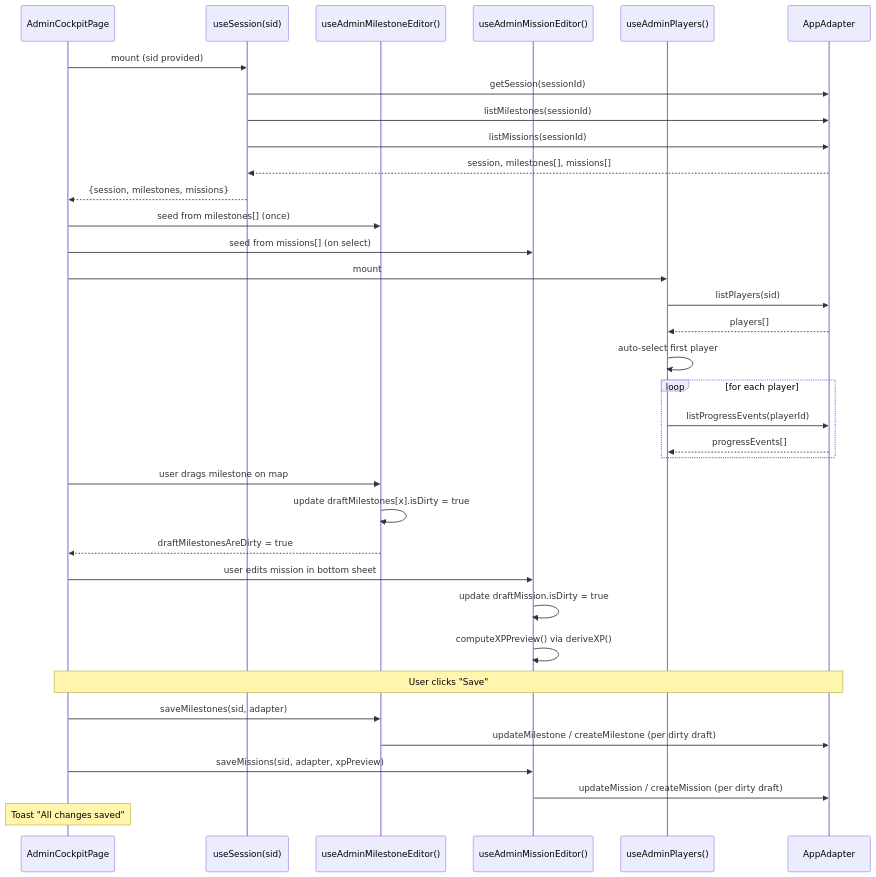
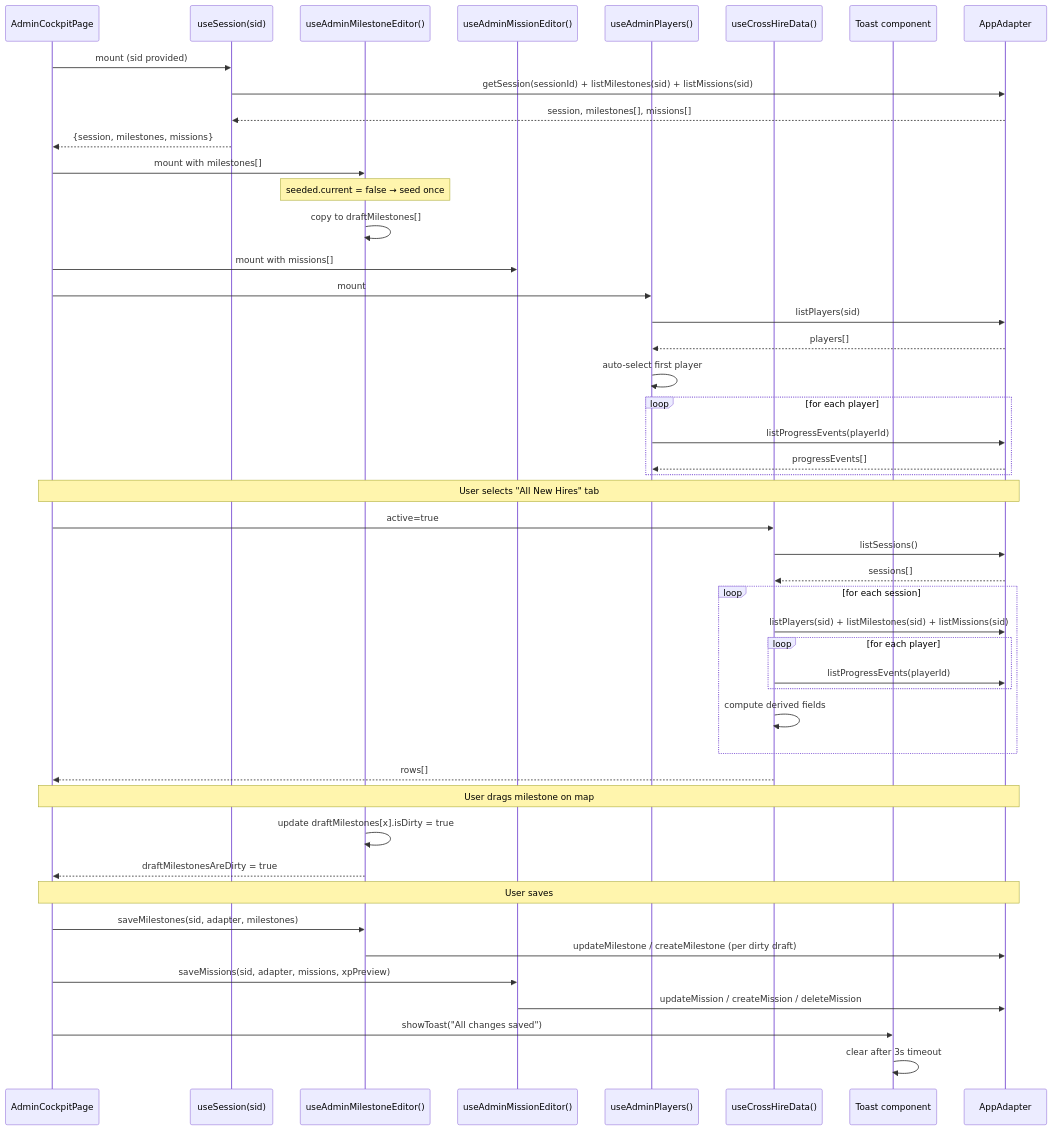
Before and after one commit to hoonsubin/messe-buddy-app: the fifth of 8 diagrams in docs/admin-view-data.md, drawn with Mermaid. The commit also changed other lines of this file and 15 other files, not shown here.

````diff
--- a/docs/admin-view-data.md
+++ b/docs/admin-view-data.md
@@ -242,46 +608,60 @@
 ```mermaid
 sequenceDiagram
     participant Page as AdminCockpitPage
     participant Session as useSession(sid)
     participant Milestones as useAdminMilestoneEditor()
     participant Missions as useAdminMissionEditor()
     participant Players as useAdminPlayers()
+    participant CrossHire as useCrossHireData()
+    participant Toast as Toast component
     participant Adapter as AppAdapter
     
     Page->>Session: mount (sid provided)
-    Session->>Adapter: getSession(sessionId)
-    Session->>Adapter: listMilestones(sessionId)
-    Session->>Adapter: listMissions(sessionId)
+    Session->>Adapter: getSession(sessionId) + listMilestones(sid) + listMissions(sid)
     Adapter-->>Session: session, milestones[], missions[]
     Session-->>Page: {session, milestones, missions}
     
-    Page->>Milestones: seed from milestones[] (once)
-    Page->>Missions: seed from missions[] (on select)
+    Page->>Milestones: mount with milestones[]
+    Note over Milestones: seeded.current = false → seed once
+    Milestones->>Milestones: copy to draftMilestones[]
+    
+    Page->>Missions: mount with missions[]
     
     Page->>Players: mount
     Players->>Adapter: listPlayers(sid)
     Adapter-->>Players: players[]
     Players->>Players: auto-select first player
     
     loop for each player
         Players->>Adapter: listProgressEvents(playerId)
         Adapter-->>Players: progressEvents[]
     end
     
-    Page->>Milestones: user drags milestone on map
+    Note over Page,Adapter: User selects "All New Hires" tab
+    Page->>CrossHire: active=true
+    CrossHire->>Adapter: listSessions()
+    Adapter-->>CrossHire: sessions[]
+    
+    loop for each session
+        CrossHire->>Adapter: listPlayers(sid) + listMilestones(sid) + listMissions(sid)
+        loop for each player
+            CrossHire->>Adapter: listProgressEvents(playerId)
+        end
+        CrossHire->>CrossHire: compute derived fields
+    end
+    CrossHire-->>Page: rows[]
+    
+    Note over Page,Adapter: User drags milestone on map
     Milestones->>Milestones: update draftMilestones[x].isDirty = true
     Milestones-->>Page: draftMilestonesAreDirty = true
     
-    Page->>Missions: user edits mission in bottom sheet
-    Missions->>Missions: update draftMission.isDirty = true
-    Missions->>Missions: computeXPPreview() via deriveXP()
-    
-    Note over Page,Adapter: User clicks "Save"
-    Page->>Milestones: saveMilestones(sid, adapter)
+    Note over Page,Adapter: User saves
+    Page->>Milestones: saveMilestones(sid, adapter, milestones)
     Milestones->>Adapter: updateMilestone / createMilestone (per dirty draft)
     
-    Page->>Missions: saveMissions(sid, adapter, xpPreview)
-    Missions->>Adapter: updateMission / createMission (per dirty draft)
+    Page->>Missions: saveMissions(sid, adapter, missions, xpPreview)
+    Missions->>Adapter: updateMission / createMission / deleteMission
     
-    Note over Page: Toast "All changes saved"
+    Page->>Toast: showToast("All changes saved")
+    Toast->>Toast: clear after 3s timeout
 ```
````
